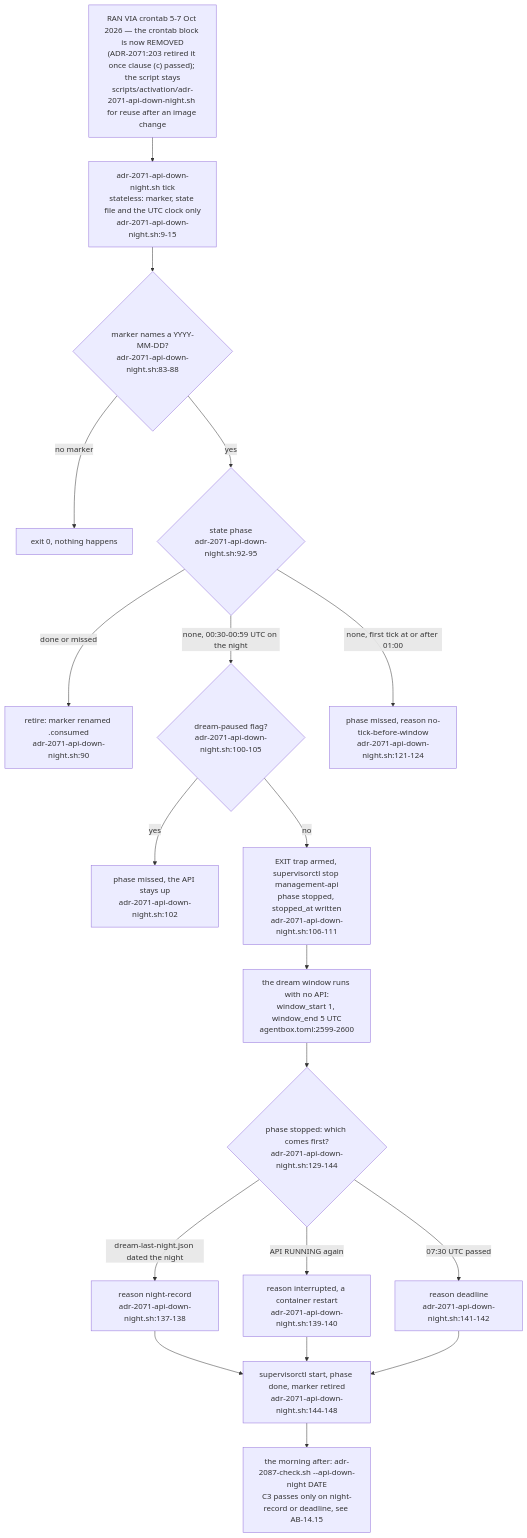
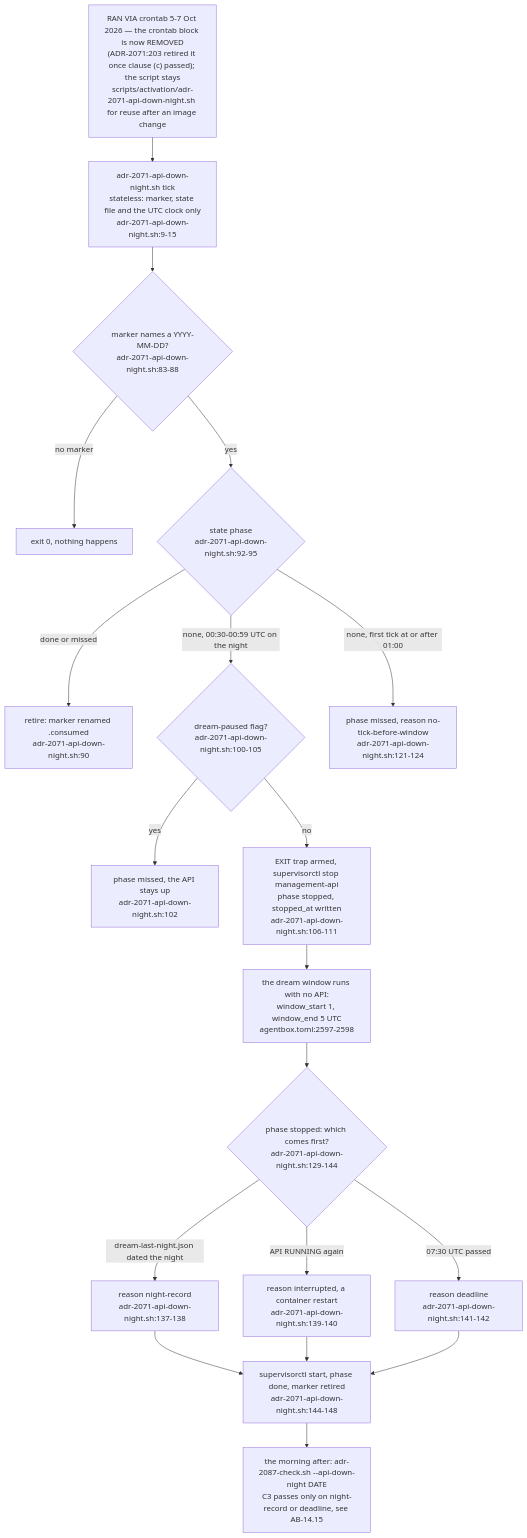
Before and after one commit to DreamLab-AI/VisionFlow: diagram 19 of 22 in docs/diagrams/agentbox/23-dream-engine.md, drawn with Mermaid. The commit also changed other lines of this file and 145 other files, not shown here.

````diff
--- a/docs/diagrams/agentbox/23-dream-engine.md
+++ b/docs/diagrams/agentbox/23-dream-engine.md
@@ -975,22 +977,22 @@
 ```mermaid
 flowchart TB
     CRON["RAN VIA crontab 5-7 Oct 2026 — the crontab block is now REMOVED<br/>#40;ADR-2071:203 retired it once clause #40;c#41; passed#41;; the script stays<br/>scripts/activation/adr-2071-api-down-night.sh for reuse after an image change"]
     CRON --> TICK["adr-2071-api-down-night.sh tick<br/>stateless: marker, state file and the UTC clock only<br/>adr-2071-api-down-night.sh:9-15"]
     TICK --> MK{"marker names a YYYY-MM-DD?<br/>adr-2071-api-down-night.sh:83-88"}
     MK -->|"no marker"| NOOP["exit 0, nothing happens"]
     MK -->|"yes"| PH{"state phase<br/>adr-2071-api-down-night.sh:92-95"}
     PH -->|"done or missed"| RET["retire: marker renamed .consumed<br/>adr-2071-api-down-night.sh:90"]
     PH -->|"none, 00:30-00:59 UTC on the night"| PAUSE{"dream-paused flag?<br/>adr-2071-api-down-night.sh:100-105"}
     PAUSE -->|"yes"| MISS["phase missed, the API stays up<br/>adr-2071-api-down-night.sh:102"]
     PAUSE -->|"no"| STOP["EXIT trap armed, supervisorctl stop management-api<br/>phase stopped, stopped_at written<br/>adr-2071-api-down-night.sh:106-111"]
     PH -->|"none, first tick at or after 01:00"| MISS2["phase missed, reason no-tick-before-window<br/>adr-2071-api-down-night.sh:121-124"]
-    STOP --> NIGHT["the dream window runs with no API:<br/>window_start 1, window_end 5 UTC<br/>agentbox.toml:2599-2600"]
+    STOP --> NIGHT["the dream window runs with no API:<br/>window_start 1, window_end 5 UTC<br/>agentbox.toml:2597-2598"]
     NIGHT --> RS{"phase stopped: which comes first?<br/>adr-2071-api-down-night.sh:129-144"}
     RS -->|"dream-last-night.json dated the night"| R1["reason night-record<br/>adr-2071-api-down-night.sh:137-138"]
     RS -->|"API RUNNING again"| R2["reason interrupted, a container restart<br/>adr-2071-api-down-night.sh:139-140"]
     RS -->|"07:30 UTC passed"| R3["reason deadline<br/>adr-2071-api-down-night.sh:141-142"]
     R1 --> START["supervisorctl start, phase done, marker retired<br/>adr-2071-api-down-night.sh:144-148"]
     R2 --> START
     R3 --> START
     START --> CHK["the morning after: adr-2087-check.sh --api-down-night DATE<br/>C3 passes only on night-record or deadline, see AB-14.15"]
 ```
````
